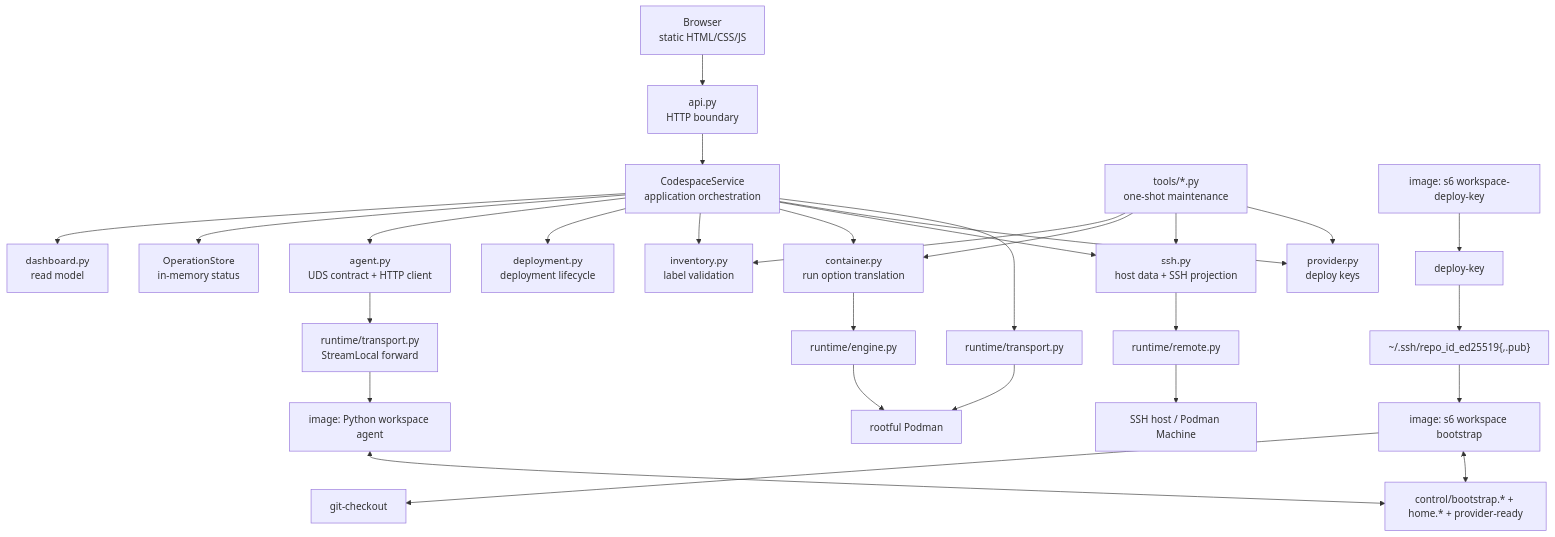
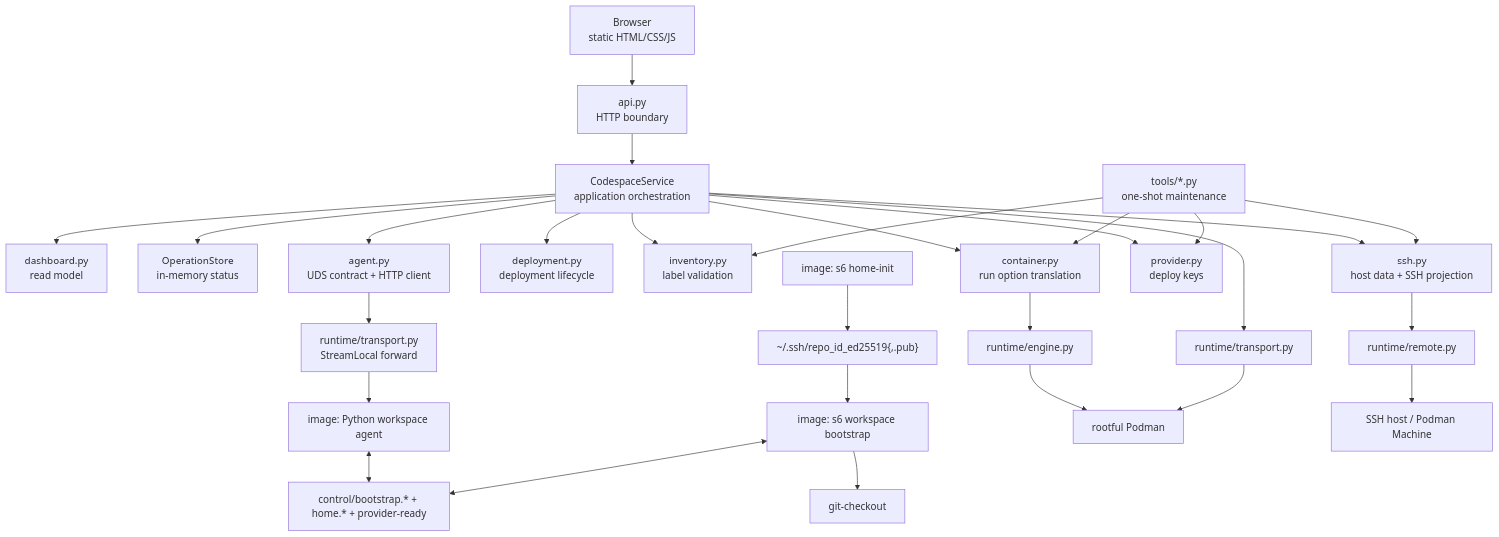
Before and after one commit to curoky/codespace: the second of 9 diagrams in controller/DESIGN.md, drawn with Mermaid. The commit also changed other lines of this file and 33 other files, not shown here.

First line of the commit message:
refactor: restructure workspace init and home setup flow

````diff
--- a/controller/DESIGN.md
+++ b/controller/DESIGN.md
@@ -54,33 +54,32 @@
 ```mermaid
 flowchart TB
     Browser["Browser<br/>static HTML/CSS/JS"] --> API["api.py<br/>HTTP boundary"]
     API --> Service["CodespaceService<br/>application orchestration"]
     Service --> Dashboard["dashboard.py<br/>read model"]
     Service --> Operations["OperationStore<br/>in-memory status"]
     Service --> Agent["agent.py<br/>UDS contract + HTTP client"]
     Service --> Deployment["deployment.py<br/>deployment lifecycle"]
     Service --> Inventory["inventory.py<br/>label validation"]
     Service --> Container["container.py<br/>run option translation"]
     Service --> SSH["ssh.py<br/>host data + SSH projection"]
     Service --> Provider["provider.py<br/>deploy keys"]
 
     CLI["tools/*.py<br/>one-shot maintenance"] --> Inventory
     CLI --> Container
     CLI --> SSH
     CLI --> Provider
 
     Container --> Engine["runtime/engine.py"]
     Agent --> Tunnel["runtime/transport.py<br/>StreamLocal forward"]
     Tunnel --> ImageAgent["image: Python workspace agent"]
-    DeployKeyService["image: s6 workspace-deploy-key"] --> DeployKeyHelper["deploy-key"]
-    DeployKeyHelper --> DeployKeyPair["~/.ssh/repo_id_ed25519{,.pub}"]
+    HomeInit["image: s6 home-init"] --> DeployKeyPair["~/.ssh/repo_id_ed25519{,.pub}"]
     DeployKeyPair --> ImageBootstrap["image: s6 workspace bootstrap"]
     ImageBootstrap --> CheckoutHelper["git-checkout"]
     ImageAgent <--> BootstrapState["control/bootstrap.* + home.* + provider-ready"]
     ImageBootstrap <--> BootstrapState
     SSH --> Remote["runtime/remote.py"]
     Service --> Transport["runtime/transport.py"]
     Engine --> Podman["rootful Podman"]
     Transport --> Podman
     Remote --> Host["SSH host / Podman Machine"]
 ```
````
